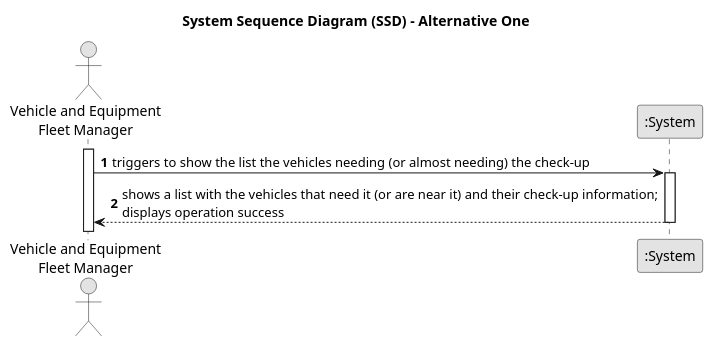
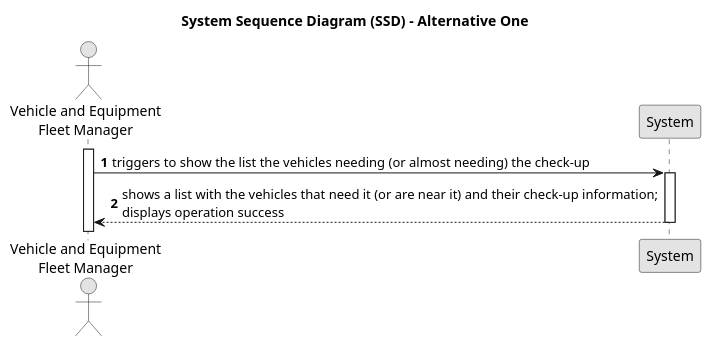
The diagram in docs/sprintA/us008/01.requirements-engineering/puml/us008-system-sequence-diagram-alternative-one.puml (1231360-ISEP/lei-24-s2-1db-g021), drawn with PlantUML before and after one commit. The commit also changed 1 other file, not shown here.

```diff
--- a/docs/sprintA/us008/01.requirements-engineering/puml/us008-system-sequence-diagram-alternative-one.puml
+++ b/docs/sprintA/us008/01.requirements-engineering/puml/us008-system-sequence-diagram-alternative-one.puml
@@ -1,21 +1,21 @@
 @startuml
 skinparam monochrome true
 skinparam packageStyle rectangle
 skinparam shadowing false
 
 title System Sequence Diagram (SSD) - Alternative One
 
 autonumber
 
 actor "Vehicle and Equipment\nFleet Manager" as Employee
-participant ":System" as System
+participant "System" as System
 
 activate Employee
 
     Employee -> System : triggers to show the list the vehicles needing (or almost needing) the check-up
     activate System
 
         System --> Employee : shows a list with the vehicles that need it (or are near it) and their check-up information;\ndisplays operation success
     deactivate System
 
 @enduml
```
